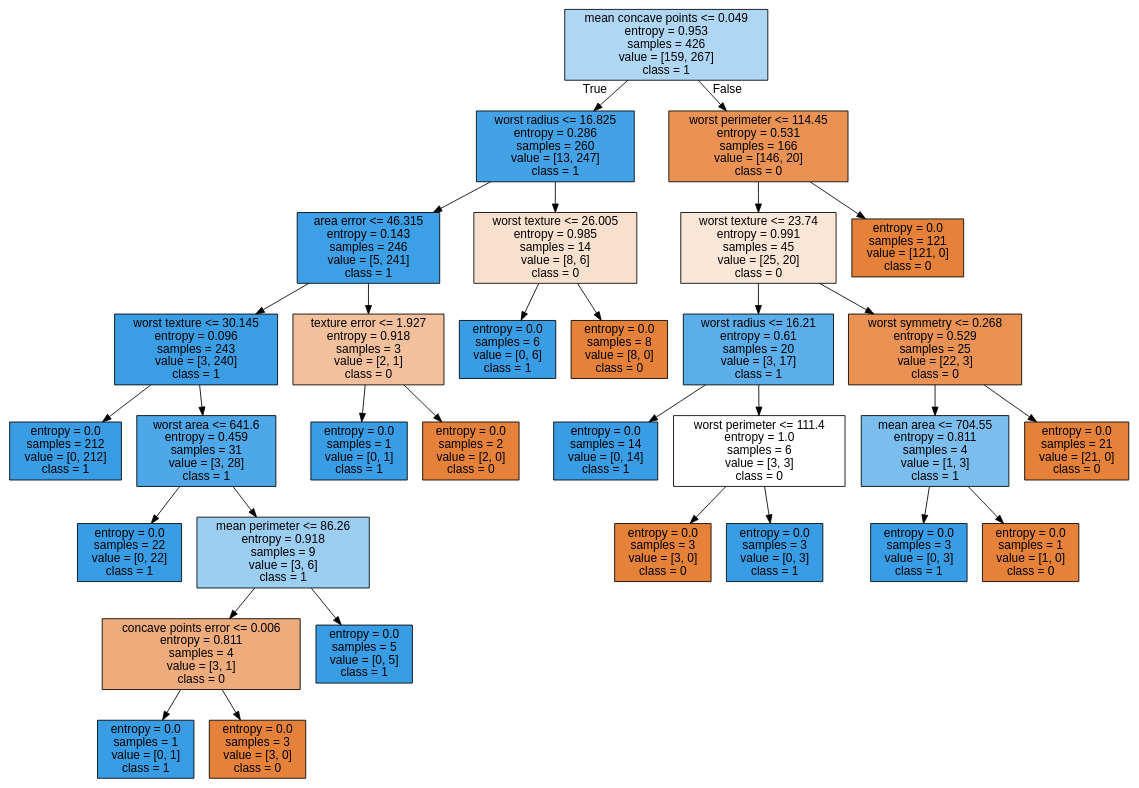
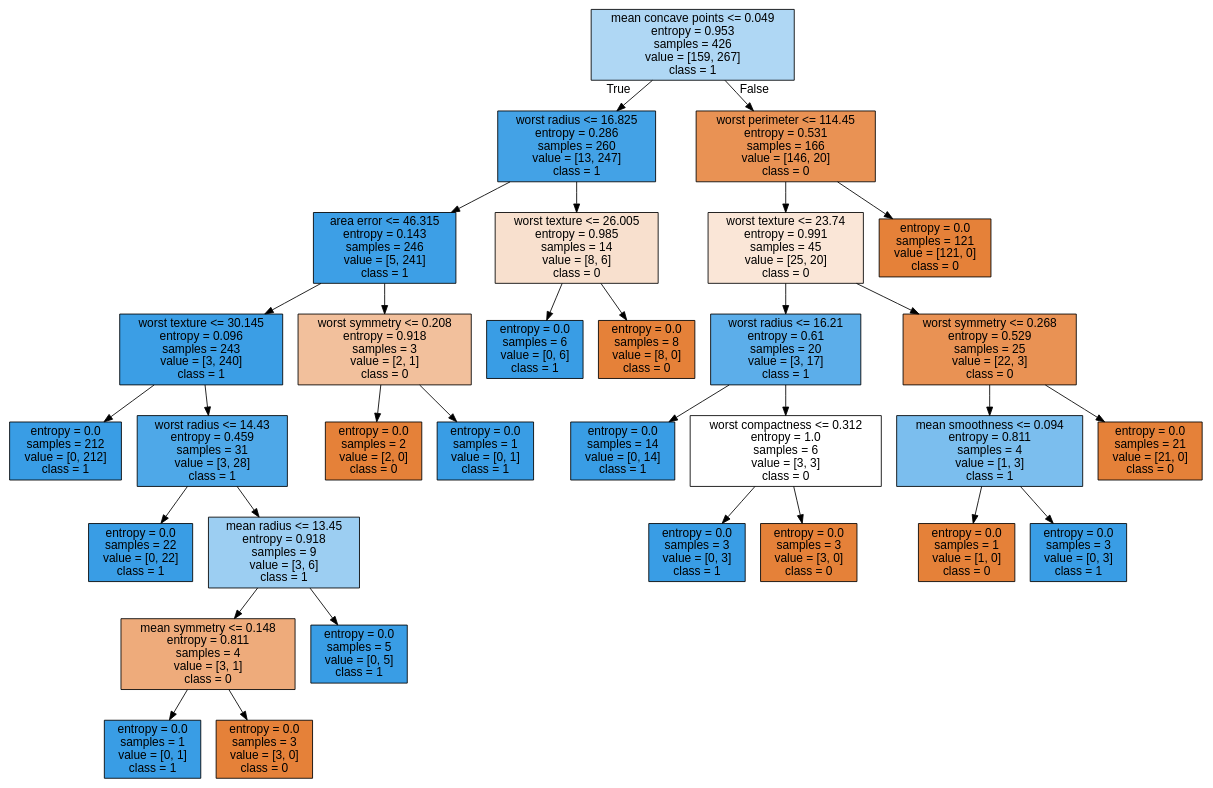
One commit to zareeiant/Intro_to_Machine_Learning_Student_Workbooks changed the diagram in tree.dot. Above: the diagram before and after it, drawn with Graphviz. The commit also changed 2 other files, not shown here.

```diff
--- a/tree.dot
+++ b/tree.dot
@@ -1,65 +1,65 @@
 digraph Tree {
 node [shape=box, style="filled", color="black", fontname="helvetica"] ;
 edge [fontname="helvetica"] ;
 0 [label="mean concave points <= 0.049\nentropy = 0.953\nsamples = 426\nvalue = [159, 267]\nclass = 1", fillcolor="#afd7f4"] ;
 1 [label="worst radius <= 16.825\nentropy = 0.286\nsamples = 260\nvalue = [13, 247]\nclass = 1", fillcolor="#43a2e6"] ;
 0 -> 1 [labeldistance=2.5, labelangle=45, headlabel="True"] ;
 2 [label="area error <= 46.315\nentropy = 0.143\nsamples = 246\nvalue = [5, 241]\nclass = 1", fillcolor="#3d9fe6"] ;
 1 -> 2 ;
 3 [label="worst texture <= 30.145\nentropy = 0.096\nsamples = 243\nvalue = [3, 240]\nclass = 1", fillcolor="#3b9ee5"] ;
 2 -> 3 ;
 4 [label="entropy = 0.0\nsamples = 212\nvalue = [0, 212]\nclass = 1", fillcolor="#399de5"] ;
 3 -> 4 ;
-5 [label="worst area <= 641.6\nentropy = 0.459\nsamples = 31\nvalue = [3, 28]\nclass = 1", fillcolor="#4ea8e8"] ;
+5 [label="worst radius <= 14.43\nentropy = 0.459\nsamples = 31\nvalue = [3, 28]\nclass = 1", fillcolor="#4ea8e8"] ;
 3 -> 5 ;
 6 [label="entropy = 0.0\nsamples = 22\nvalue = [0, 22]\nclass = 1", fillcolor="#399de5"] ;
 5 -> 6 ;
-7 [label="mean perimeter <= 86.26\nentropy = 0.918\nsamples = 9\nvalue = [3, 6]\nclass = 1", fillcolor="#9ccef2"] ;
+7 [label="mean radius <= 13.45\nentropy = 0.918\nsamples = 9\nvalue = [3, 6]\nclass = 1", fillcolor="#9ccef2"] ;
 5 -> 7 ;
-8 [label="concave points error <= 0.006\nentropy = 0.811\nsamples = 4\nvalue = [3, 1]\nclass = 0", fillcolor="#eeab7b"] ;
+8 [label="mean symmetry <= 0.148\nentropy = 0.811\nsamples = 4\nvalue = [3, 1]\nclass = 0", fillcolor="#eeab7b"] ;
 7 -> 8 ;
 9 [label="entropy = 0.0\nsamples = 1\nvalue = [0, 1]\nclass = 1", fillcolor="#399de5"] ;
 8 -> 9 ;
 10 [label="entropy = 0.0\nsamples = 3\nvalue = [3, 0]\nclass = 0", fillcolor="#e58139"] ;
 8 -> 10 ;
 11 [label="entropy = 0.0\nsamples = 5\nvalue = [0, 5]\nclass = 1", fillcolor="#399de5"] ;
 7 -> 11 ;
-12 [label="texture error <= 1.927\nentropy = 0.918\nsamples = 3\nvalue = [2, 1]\nclass = 0", fillcolor="#f2c09c"] ;
+12 [label="worst symmetry <= 0.208\nentropy = 0.918\nsamples = 3\nvalue = [2, 1]\nclass = 0", fillcolor="#f2c09c"] ;
 2 -> 12 ;
-13 [label="entropy = 0.0\nsamples = 1\nvalue = [0, 1]\nclass = 1", fillcolor="#399de5"] ;
+13 [label="entropy = 0.0\nsamples = 2\nvalue = [2, 0]\nclass = 0", fillcolor="#e58139"] ;
 12 -> 13 ;
-14 [label="entropy = 0.0\nsamples = 2\nvalue = [2, 0]\nclass = 0", fillcolor="#e58139"] ;
+14 [label="entropy = 0.0\nsamples = 1\nvalue = [0, 1]\nclass = 1", fillcolor="#399de5"] ;
 12 -> 14 ;
 15 [label="worst texture <= 26.005\nentropy = 0.985\nsamples = 14\nvalue = [8, 6]\nclass = 0", fillcolor="#f8e0ce"] ;
 1 -> 15 ;
 16 [label="entropy = 0.0\nsamples = 6\nvalue = [0, 6]\nclass = 1", fillcolor="#399de5"] ;
 15 -> 16 ;
 17 [label="entropy = 0.0\nsamples = 8\nvalue = [8, 0]\nclass = 0", fillcolor="#e58139"] ;
 15 -> 17 ;
 18 [label="worst perimeter <= 114.45\nentropy = 0.531\nsamples = 166\nvalue = [146, 20]\nclass = 0", fillcolor="#e99254"] ;
 0 -> 18 [labeldistance=2.5, labelangle=-45, headlabel="False"] ;
 19 [label="worst texture <= 23.74\nentropy = 0.991\nsamples = 45\nvalue = [25, 20]\nclass = 0", fillcolor="#fae6d7"] ;
 18 -> 19 ;
 20 [label="worst radius <= 16.21\nentropy = 0.61\nsamples = 20\nvalue = [3, 17]\nclass = 1", fillcolor="#5caeea"] ;
 19 -> 20 ;
 21 [label="entropy = 0.0\nsamples = 14\nvalue = [0, 14]\nclass = 1", fillcolor="#399de5"] ;
 20 -> 21 ;
-22 [label="worst perimeter <= 111.4\nentropy = 1.0\nsamples = 6\nvalue = [3, 3]\nclass = 0", fillcolor="#ffffff"] ;
+22 [label="worst compactness <= 0.312\nentropy = 1.0\nsamples = 6\nvalue = [3, 3]\nclass = 0", fillcolor="#ffffff"] ;
 20 -> 22 ;
-23 [label="entropy = 0.0\nsamples = 3\nvalue = [3, 0]\nclass = 0", fillcolor="#e58139"] ;
+23 [label="entropy = 0.0\nsamples = 3\nvalue = [0, 3]\nclass = 1", fillcolor="#399de5"] ;
 22 -> 23 ;
-24 [label="entropy = 0.0\nsamples = 3\nvalue = [0, 3]\nclass = 1", fillcolor="#399de5"] ;
+24 [label="entropy = 0.0\nsamples = 3\nvalue = [3, 0]\nclass = 0", fillcolor="#e58139"] ;
 22 -> 24 ;
 25 [label="worst symmetry <= 0.268\nentropy = 0.529\nsamples = 25\nvalue = [22, 3]\nclass = 0", fillcolor="#e99254"] ;
 19 -> 25 ;
-26 [label="mean area <= 704.55\nentropy = 0.811\nsamples = 4\nvalue = [1, 3]\nclass = 1", fillcolor="#7bbeee"] ;
+26 [label="mean smoothness <= 0.094\nentropy = 0.811\nsamples = 4\nvalue = [1, 3]\nclass = 1", fillcolor="#7bbeee"] ;
 25 -> 26 ;
-27 [label="entropy = 0.0\nsamples = 3\nvalue = [0, 3]\nclass = 1", fillcolor="#399de5"] ;
+27 [label="entropy = 0.0\nsamples = 1\nvalue = [1, 0]\nclass = 0", fillcolor="#e58139"] ;
 26 -> 27 ;
-28 [label="entropy = 0.0\nsamples = 1\nvalue = [1, 0]\nclass = 0", fillcolor="#e58139"] ;
+28 [label="entropy = 0.0\nsamples = 3\nvalue = [0, 3]\nclass = 1", fillcolor="#399de5"] ;
 26 -> 28 ;
 29 [label="entropy = 0.0\nsamples = 21\nvalue = [21, 0]\nclass = 0", fillcolor="#e58139"] ;
 25 -> 29 ;
 30 [label="entropy = 0.0\nsamples = 121\nvalue = [121, 0]\nclass = 0", fillcolor="#e58139"] ;
 18 -> 30 ;
 }
```
